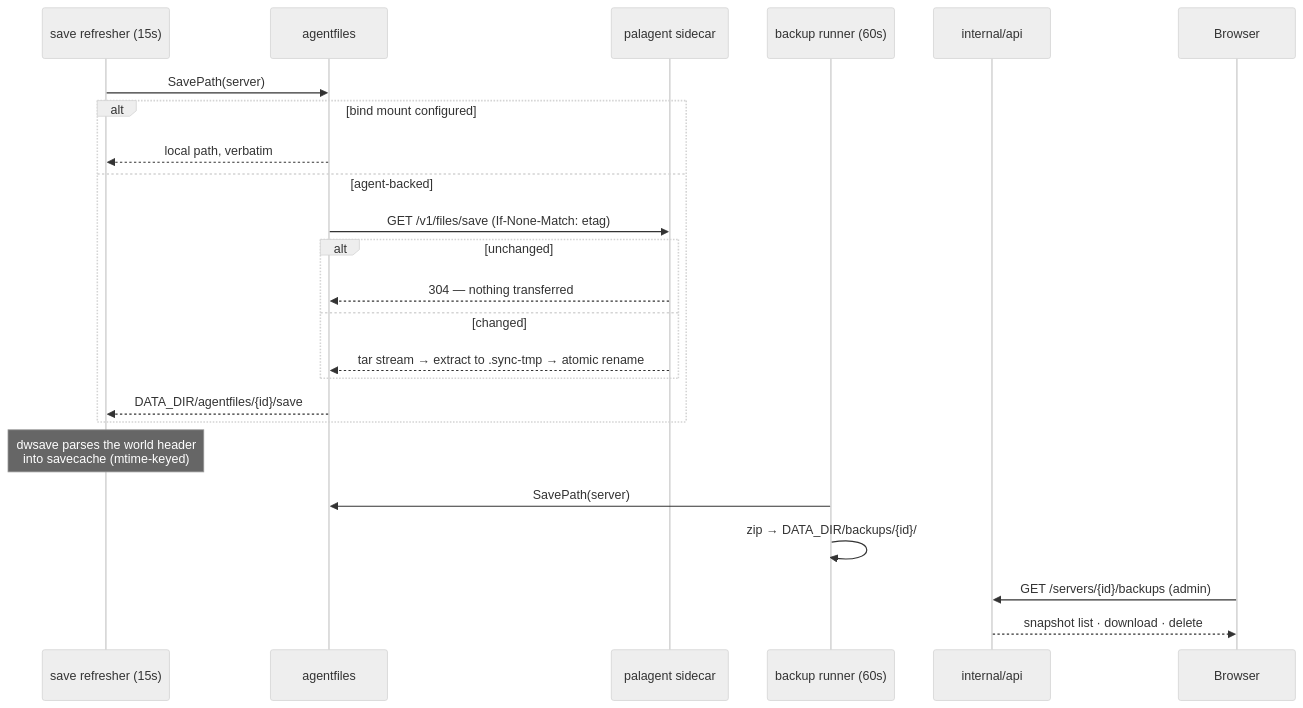
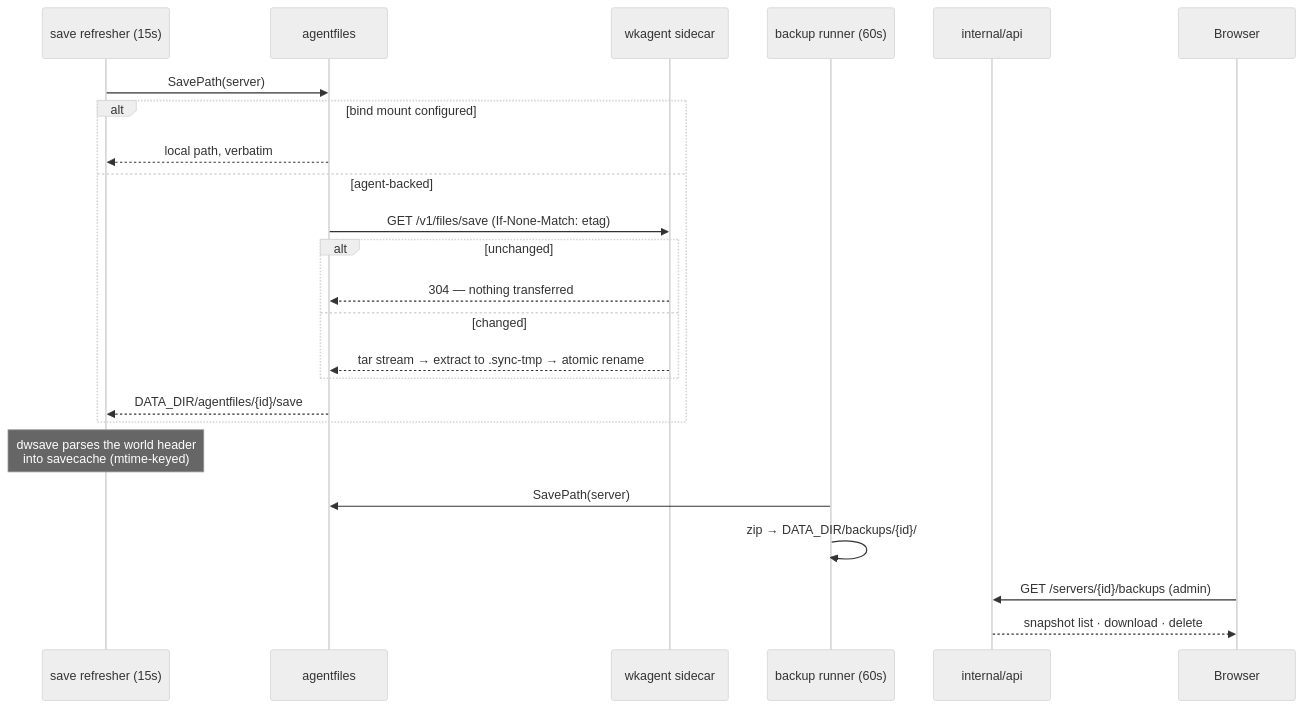
Before and after one commit to safwyls/artificer: the third of 5 diagrams in docs/architecture.md, drawn with Mermaid (neutral theme). The commit also changed other lines of this file and 77 other files, not shown here.

````diff
--- a/docs/architecture.md
+++ b/docs/architecture.md
@@ -439,27 +439,27 @@
 ```mermaid
 sequenceDiagram
     participant L as save refresher (15s)
     participant AF as agentfiles
-    participant AG as palagent sidecar
+    participant AG as wkagent sidecar
     participant BK as backup runner (60s)
     participant API as internal/api
     participant B as Browser
 
     L->>AF: SavePath(server)
     alt bind mount configured
         AF-->>L: local path, verbatim
     else agent-backed
         AF->>AG: GET /v1/files/save (If-None-Match: etag)
         alt unchanged
             AG-->>AF: 304 — nothing transferred
         else changed
             AG-->>AF: tar stream → extract to .sync-tmp → atomic rename
         end
         AF-->>L: DATA_DIR/agentfiles/{id}/save
     end
     Note over L: dwsave parses the world header<br/>into savecache (mtime-keyed)
     BK->>AF: SavePath(server)
     BK->>BK: zip → DATA_DIR/backups/{id}/
     B->>API: GET /servers/{id}/backups (admin)
     API-->>B: snapshot list · download · delete
 ```
````
